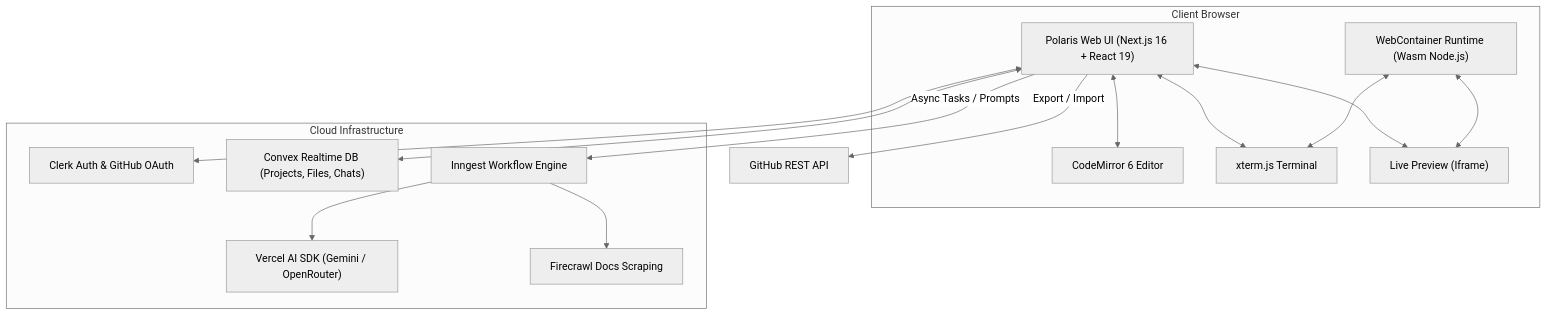
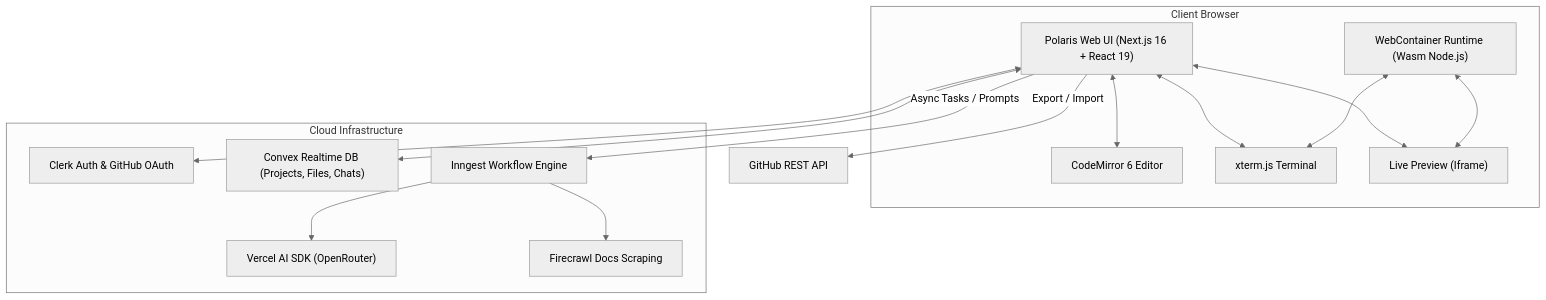
One commit to Aasutosh23/polaris changed the diagram in README.md. Above: the diagram before and after it, drawn with Mermaid (neutral theme). The commit also changed other lines of this file and 16 other files, not shown here.

````diff
--- a/README.md
+++ b/README.md
@@ -84,31 +84,31 @@
 ```mermaid
 flowchart TD
     subgraph Browser ["Client Browser"]
         UI["Polaris Web UI (Next.js 16 + React 19)"]
         CM["CodeMirror 6 Editor"]
         WC["WebContainer Runtime (Wasm Node.js)"]
         XT["xterm.js Terminal"]
         PV["Live Preview (Iframe)"]
         
         UI <--> CM
         UI <--> XT
         UI <--> PV
         WC <--> XT
         WC <--> PV
     end
 
     subgraph Backend ["Cloud Infrastructure"]
         Auth["Clerk Auth & GitHub OAuth"]
         DB["Convex Realtime DB (Projects, Files, Chats)"]
         Inn["Inngest Workflow Engine"]
-        AI["Vercel AI SDK (Gemini / OpenRouter)"]
+        AI["Vercel AI SDK (OpenRouter)"]
         FC["Firecrawl Docs Scraping"]
     end
 
     UI <--> Auth
     UI <--> DB
     UI -->|Async Tasks / Prompts| Inn
     Inn --> AI
     Inn --> FC
     UI -->|Export / Import| GitHub["GitHub REST API"]
 ```
````
